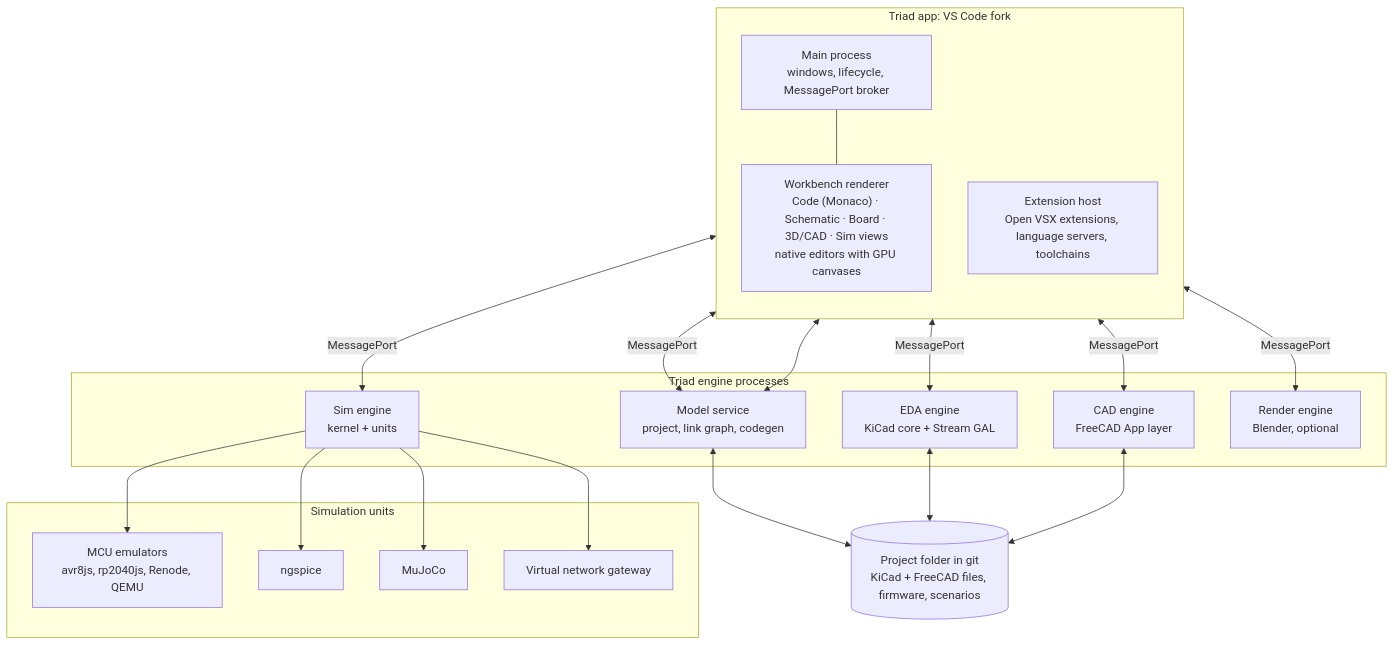
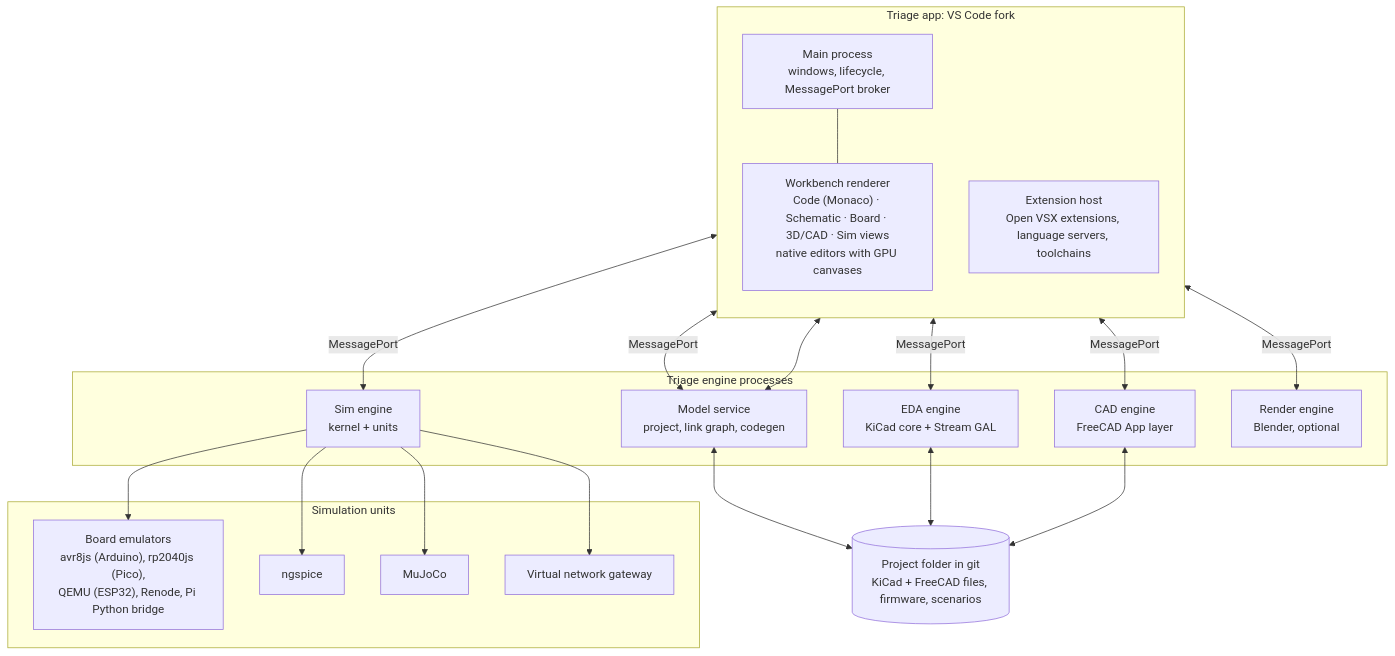
The first of 3 diagrams in docs/PLAN.md (NoboIshraque/triage), drawn with Mermaid before and after one commit. The commit also changed other lines of this file and 15 other files, not shown here.

````diff
--- a/docs/PLAN.md
+++ b/docs/PLAN.md
@@ -120,34 +133,34 @@
 ```mermaid
 flowchart TB
-  subgraph TRIAD["Triad app: VS Code fork"]
+  subgraph TRIAGE["Triage app: VS Code fork"]
     direction TB
     UI["Workbench renderer<br/>Code (Monaco) · Schematic · Board · 3D/CAD · Sim views<br/>native editors with GPU canvases"]
     MAIN["Main process<br/>windows, lifecycle, MessagePort broker"]
     EXT["Extension host<br/>Open VSX extensions, language servers, toolchains"]
   end
-  subgraph ENGINES["Triad engine processes"]
+  subgraph ENGINES["Triage engine processes"]
     MODEL["Model service<br/>project, link graph, codegen"]
     EDA["EDA engine<br/>KiCad core + Stream GAL"]
     CAD["CAD engine<br/>FreeCAD App layer"]
     SIM["Sim engine<br/>kernel + units"]
     REN["Render engine<br/>Blender, optional"]
   end
   subgraph UNITS["Simulation units"]
-    MCU["MCU emulators<br/>avr8js, rp2040js, Renode, QEMU"]
+    MCU["Board emulators<br/>avr8js (Arduino), rp2040js (Pico),<br/>QEMU (ESP32), Renode, Pi Python bridge"]
     SPICE["ngspice"]
     PHYS["MuJoCo"]
     NET["Virtual network gateway"]
   end
   FILES[("Project folder in git<br/>KiCad + FreeCAD files, firmware, scenarios")]
   MAIN --- UI
   UI <-->|MessagePort| MODEL
   UI <-->|MessagePort| EDA
   UI <-->|MessagePort| CAD
   UI <-->|MessagePort| SIM
   UI <-->|MessagePort| REN
   EXT <--> MODEL
   MODEL <--> FILES
   EDA <--> FILES
   CAD <--> FILES
   SIM --> MCU & SPICE & PHYS & NET
 ```
````
